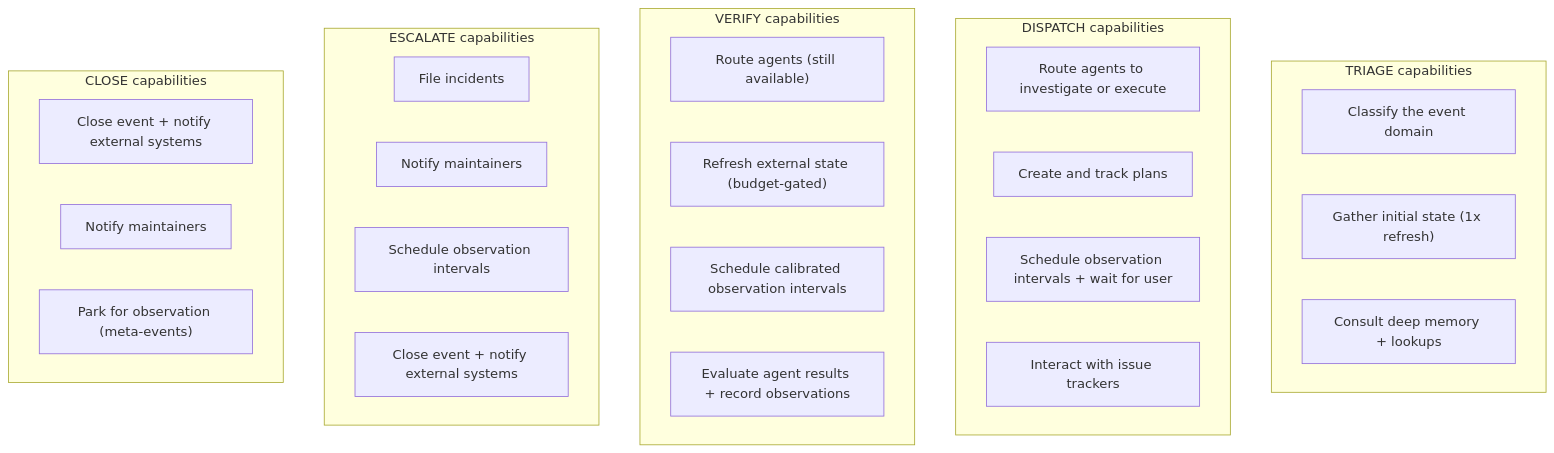
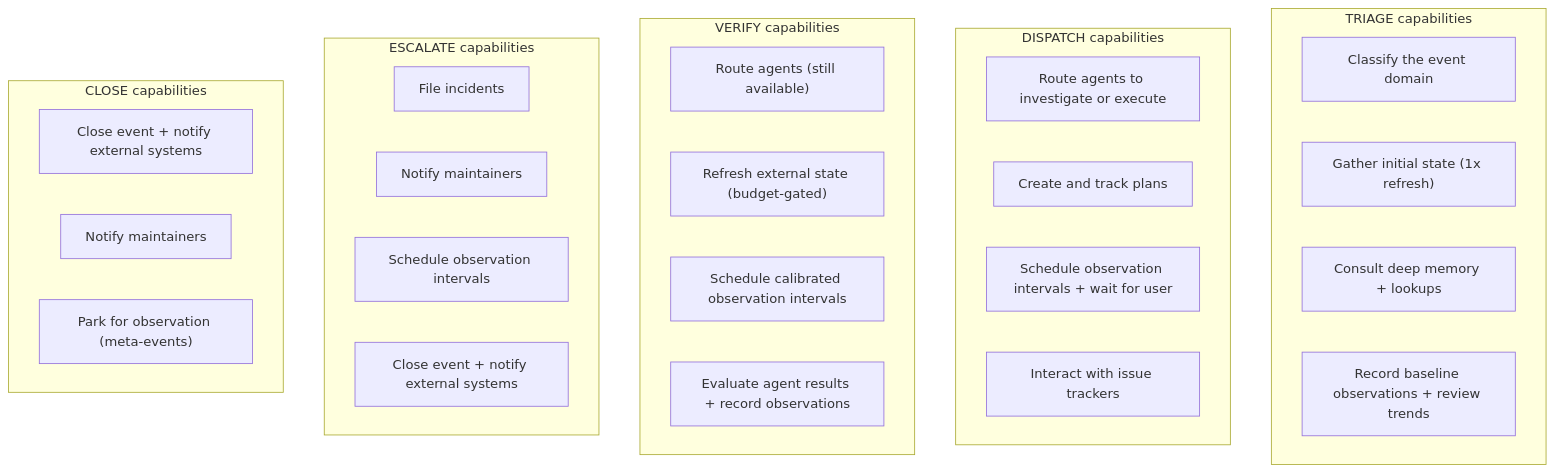
The third of 5 diagrams in src/agents/brain_skills/always/09-phase-lifecycle.md (The-Darwin-Project/Blackboard), drawn with Mermaid before and after one commit. The commit also changed other lines of this file and 9 other files, not shown here.

````diff
--- a/src/agents/brain_skills/always/09-phase-lifecycle.md
+++ b/src/agents/brain_skills/always/09-phase-lifecycle.md
@@ -73,35 +73,36 @@
 ```mermaid
 graph TD
     subgraph triage ["TRIAGE capabilities"]
         T1["Classify the event domain"]
         T2["Gather initial state (1x refresh)"]
         T3["Consult deep memory + lookups"]
+        T4["Record baseline observations + review trends"]
     end
 
     subgraph dispatch ["DISPATCH capabilities"]
         D1["Route agents to investigate or execute"]
         D2["Create and track plans"]
         D3["Schedule observation intervals + wait for user"]
         D4["Interact with issue trackers"]
     end
 
     subgraph verify ["VERIFY capabilities"]
         D1b["Route agents (still available)"]
         V1["Refresh external state (budget-gated)"]
         V2["Schedule calibrated observation intervals"]
         V3["Evaluate agent results + record observations"]
     end
 
     subgraph escalateTools ["ESCALATE capabilities"]
         E1["File incidents"]
         E2["Notify maintainers"]
         E3["Schedule observation intervals"]
         E4["Close event + notify external systems"]
     end
 
     subgraph closeTools ["CLOSE capabilities"]
         C1["Close event + notify external systems"]
         C2["Notify maintainers"]
         C3["Park for observation (meta-events)"]
     end
 ```
````
